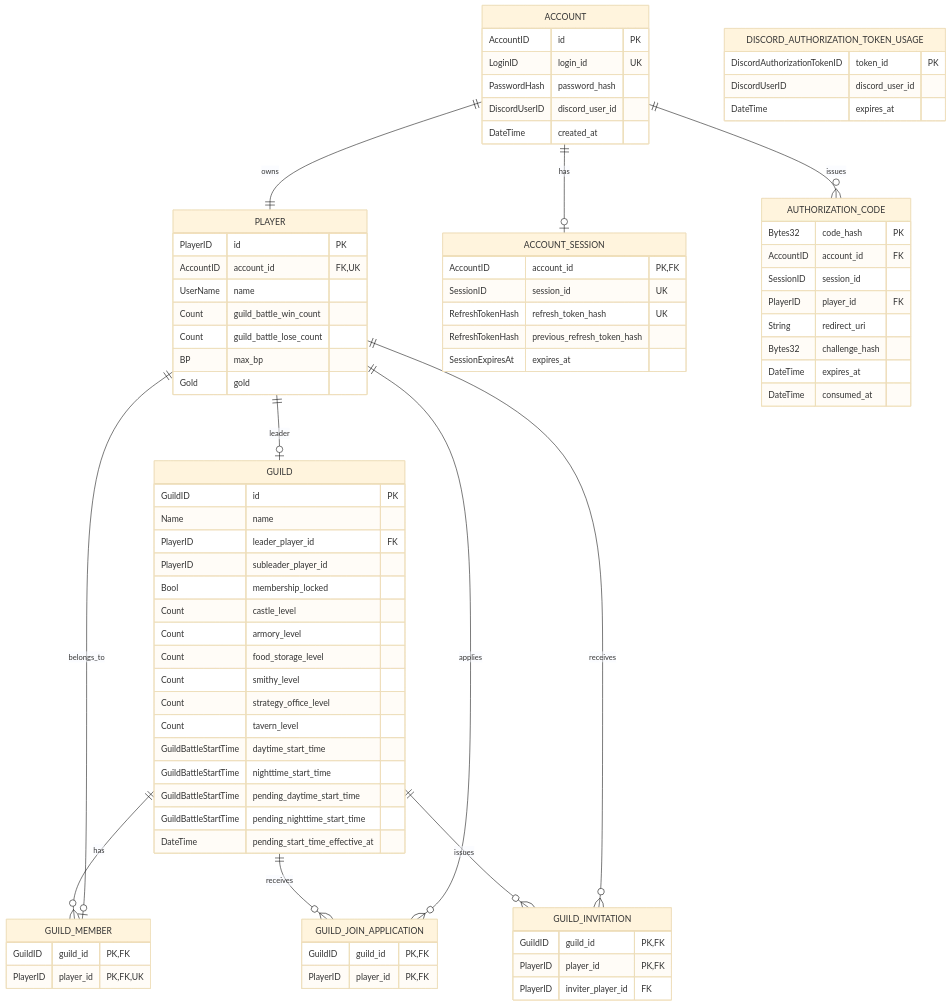
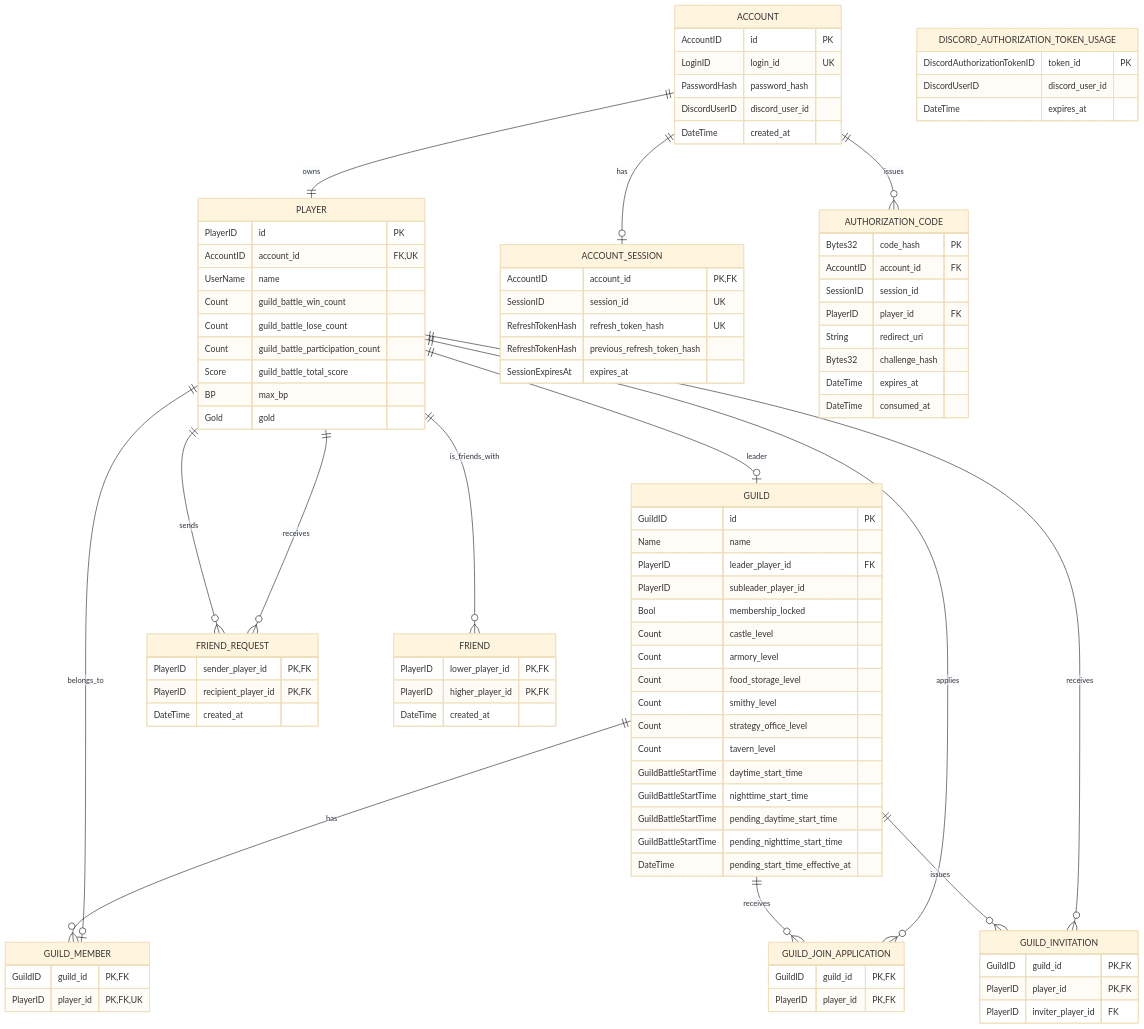
One commit to ReHydrangeaOdyssey/Specifications changed the first of 8 diagrams in design/server/data_base.md. Above: the diagram before and after it, drawn with Mermaid (base theme). The commit also changed other lines of this file and 20 other files, not shown here.

````diff
--- a/design/server/data_base.md
+++ b/design/server/data_base.md
@@ -24,6 +24,8 @@
         UserName name
         Count guild_battle_win_count
         Count guild_battle_lose_count
+        Count guild_battle_participation_count
+        Score guild_battle_total_score
         BP max_bp
         Gold gold
     }
@@ -88,6 +90,18 @@
         PlayerID inviter_player_id FK
     }
 
+    FRIEND_REQUEST {
+        PlayerID sender_player_id PK, FK
+        PlayerID recipient_player_id PK, FK
+        DateTime created_at
+    }
+
+    FRIEND {
+        PlayerID lower_player_id PK, FK
+        PlayerID higher_player_id PK, FK
+        DateTime created_at
+    }
+
     ACCOUNT ||--|| PLAYER : owns
     ACCOUNT ||--o| ACCOUNT_SESSION : has
     ACCOUNT ||--o{ AUTHORIZATION_CODE : issues
@@ -97,6 +111,9 @@
     PLAYER ||--o{ GUILD_JOIN_APPLICATION : applies
     GUILD ||--o{ GUILD_INVITATION : issues
     PLAYER ||--o{ GUILD_INVITATION : receives
+    PLAYER ||--o{ FRIEND_REQUEST : sends
+    PLAYER ||--o{ FRIEND_REQUEST : receives
+    PLAYER ||--o{ FRIEND : is_friends_with
 
     PLAYER ||--o| GUILD : leader
 ```
````
